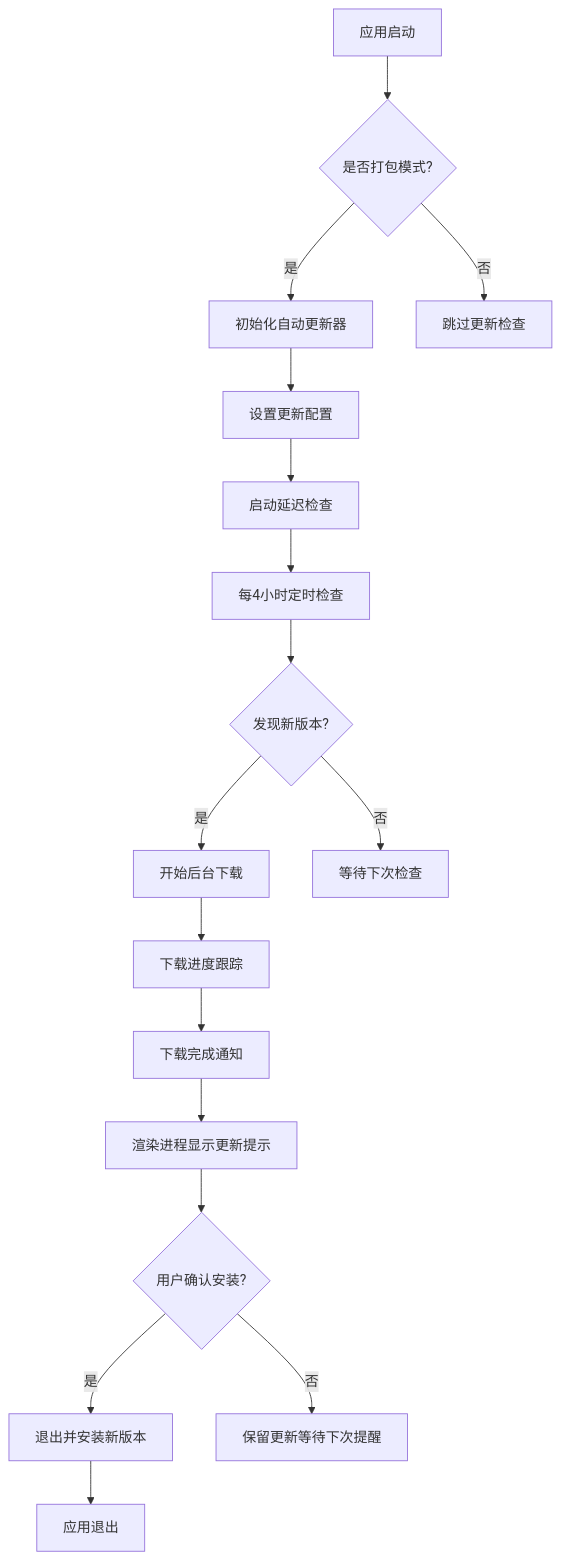
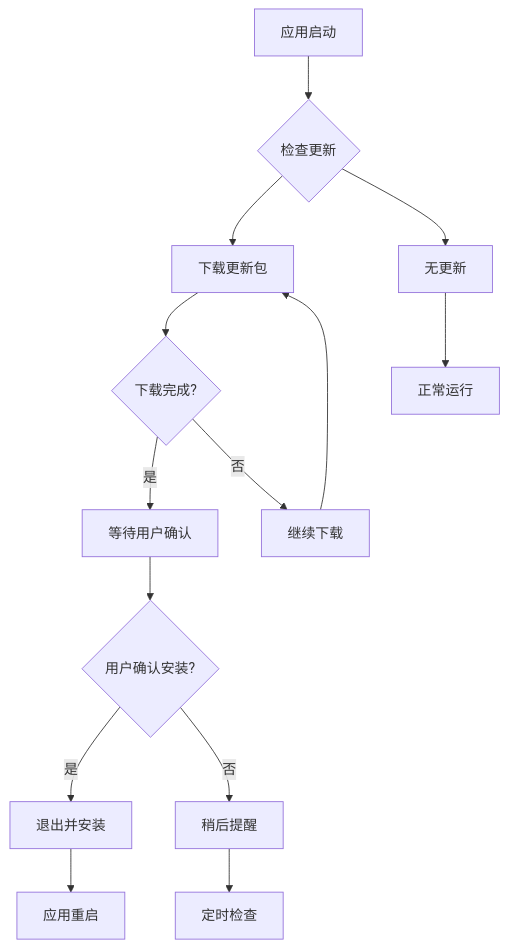
One commit to verse-ai-org/openclaw changed the seventh of 8 diagrams in .qoder/repowiki/zh/content/核心概念/Electron应用增强.md. Above: the diagram before and after it, drawn with Mermaid. The commit also changed other lines of this file and 12 other files, not shown here.

````diff
--- a/.qoder/repowiki/zh/content/核心概念/Electron应用增强.md
+++ b/.qoder/repowiki/zh/content/核心概念/Electron应用增强.md
@@ -1103,19 +240,16 @@
 ```mermaid
 flowchart TD
-A[应用启动] --> B{是否打包模式?}
-B --> |是| C[初始化自动更新器]
-B --> |否| D[跳过更新检查]
-C --> E[设置更新配置]
-E --> F[启动延迟检查]
-F --> G[每4小时定时检查]
-G --> H{发现新版本?}
-H --> |是| I[开始后台下载]
-H --> |否| J[等待下次检查]
-I --> K[下载进度跟踪]
-K --> L[下载完成通知]
-L --> M[渲染进程显示更新提示]
-M --> N{用户确认安装?}
-N --> |是| O[退出并安装新版本]
-N --> |否| P[保留更新等待下次提醒]
-O --> Q[应用退出]
+A[应用启动] --> B{检查更新}
+B --> C[下载更新包]
+C --> D{下载完成?}
+D --> |是| E[等待用户确认]
+D --> |否| F[继续下载]
+F --> C
+E --> G{用户确认安装?}
+G --> |是| H[退出并安装]
+G --> |否| I[稍后提醒]
+H --> J[应用重启]
+I --> K[定时检查]
+B --> L[无更新]
+L --> M[正常运行]
 ```
````
